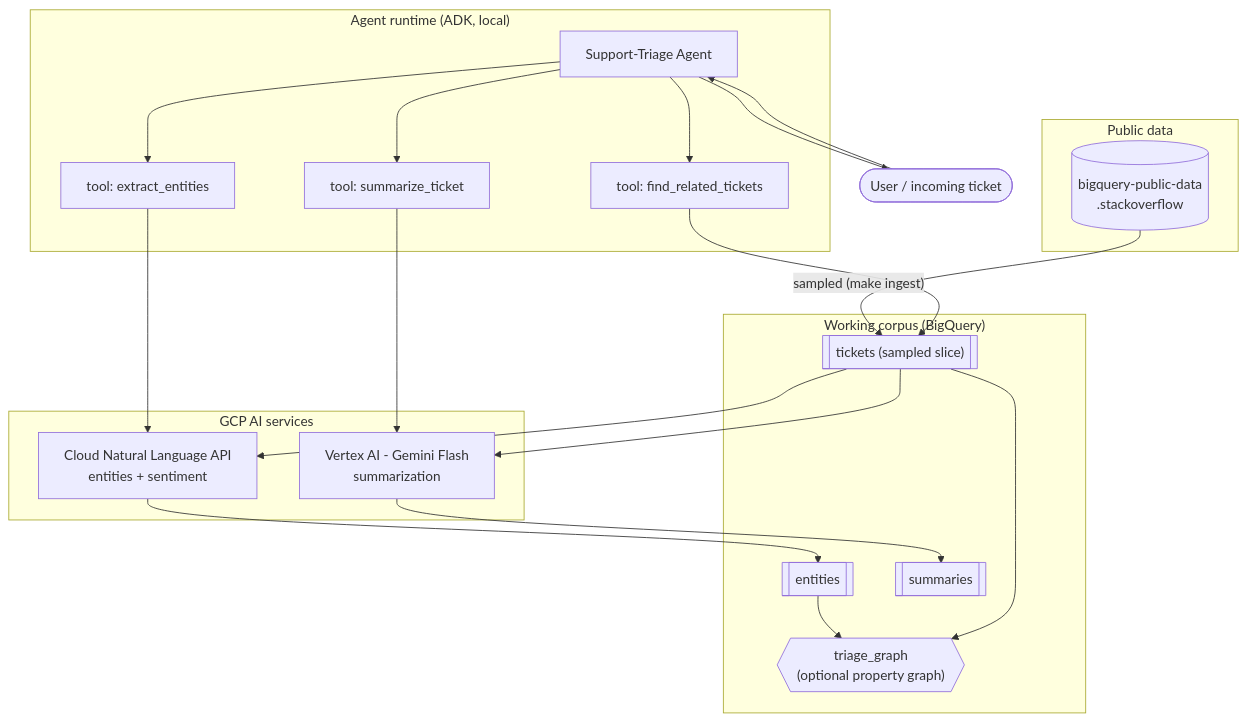
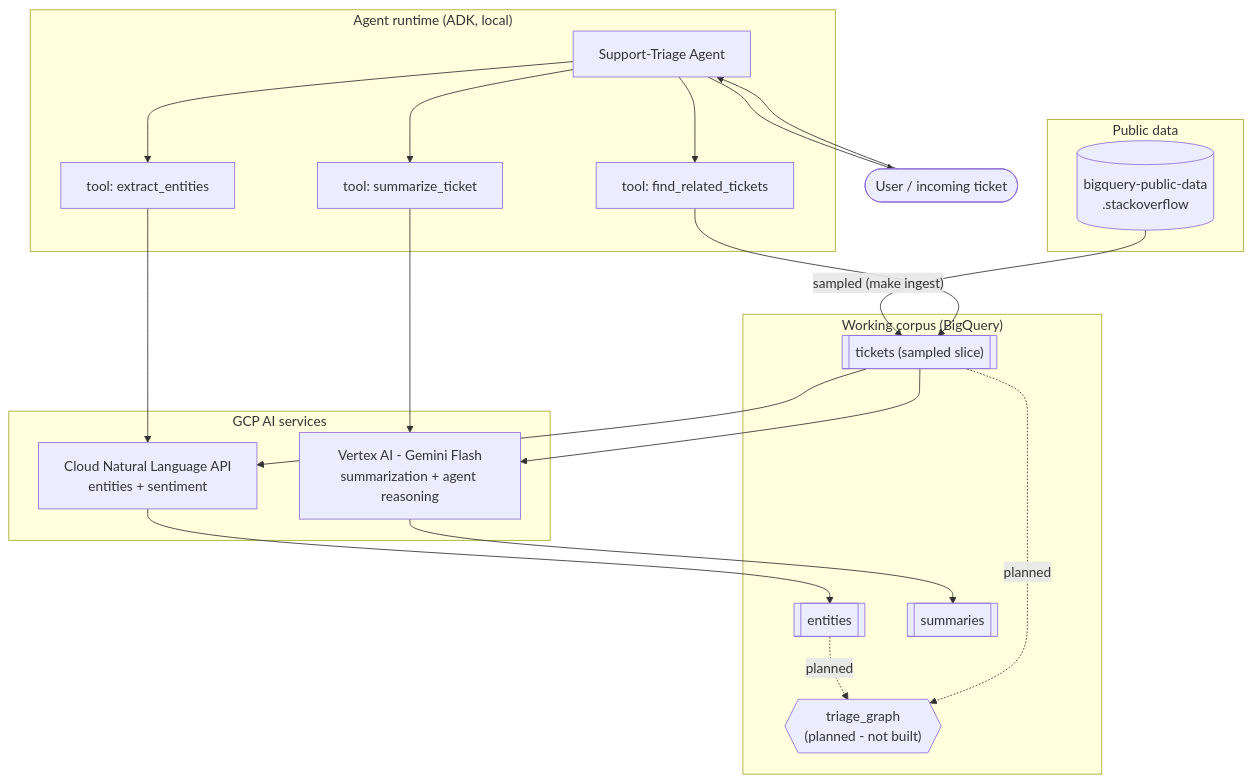
Before and after one commit to mahyaJRad/gcp-support-triage-agent: the first of 3 diagrams in docs/ARCHITECTURE.md, drawn with Mermaid. The commit also changed other lines of this file and 16 other files, not shown here.

Commit message:
feat: integrate Gemini Flash extractor for entity extraction and evaluation

````diff
--- a/docs/ARCHITECTURE.md
+++ b/docs/ARCHITECTURE.md
@@ -44,39 +46,39 @@
 ```mermaid
 flowchart TB
     subgraph Public["Public data"]
         SO[("bigquery-public-data<br/>.stackoverflow")]
     end
 
     subgraph Storage["Working corpus (BigQuery)"]
         RAW[["tickets (sampled slice)"]]
         ENT[["entities"]]
         SUM[["summaries"]]
-        PG{{"triage_graph<br/>(optional property graph)"}}
+        PG{{"triage_graph<br/>(planned - not built)"}}
     end
 
     subgraph AI["GCP AI services"]
         NL["Cloud Natural Language API<br/>entities + sentiment"]
-        GEM["Vertex AI - Gemini Flash<br/>summarization"]
+        GEM["Vertex AI - Gemini Flash<br/>summarization + agent reasoning"]
     end
 
     subgraph Agent["Agent runtime (ADK, local)"]
         ROOT["Support-Triage Agent"]
         T1["tool: extract_entities"]
         T2["tool: find_related_tickets"]
         T3["tool: summarize_ticket"]
     end
 
     USER([User / incoming ticket])
 
     SO -- "sampled (make ingest)" --> RAW
     RAW --> NL --> ENT
-    ENT --> PG
-    RAW --> PG
+    ENT -. "planned" .-> PG
+    RAW -. "planned" .-> PG
     RAW --> GEM --> SUM
 
     USER --> ROOT
     ROOT --> T1 --> NL
     ROOT --> T2 --> RAW
     ROOT --> T3 --> GEM
     ROOT --> USER
 ```
````
